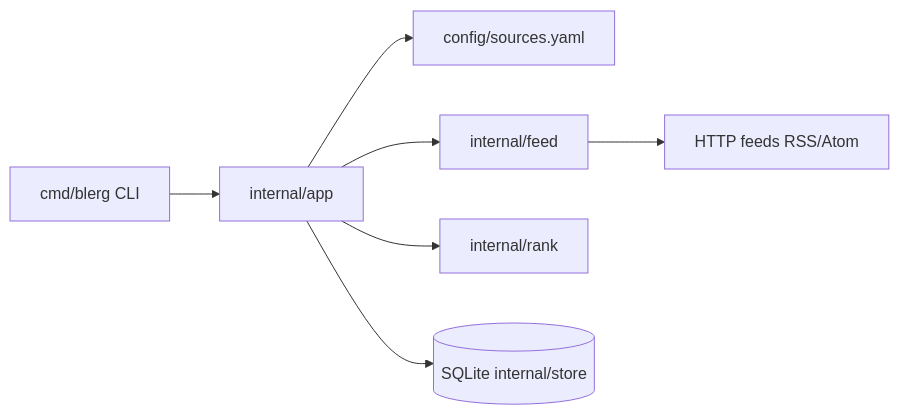
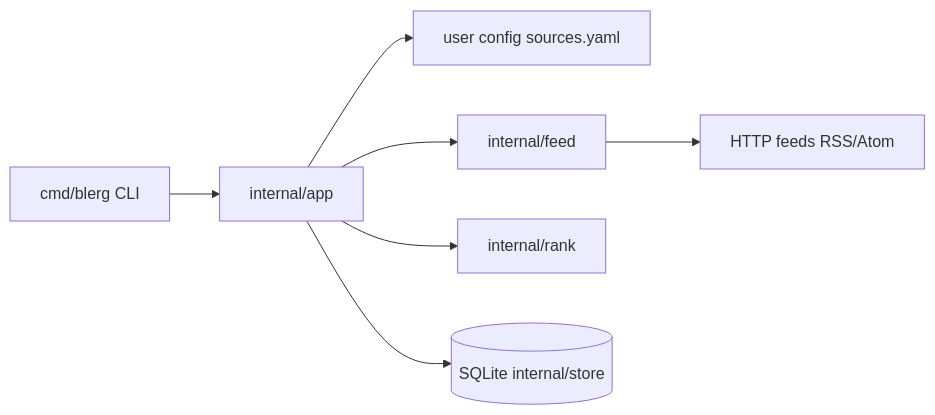
Before and after one commit to iandesj/Blerg: the diagram in docs/architecture.md, drawn with Mermaid. The commit also changed other lines of this file and 8 other files, not shown here.

First line of the commit message:
Install the default sources manifest in the user config directory

````diff
--- a/docs/architecture.md
+++ b/docs/architecture.md
@@ -13,9 +13,9 @@
 ```mermaid
 flowchart LR
   CLI[cmd/blerg CLI] --> App[internal/app]
-  App --> Config[config/sources.yaml]
+  App --> Config["user config sources.yaml"]
   App --> Feed[internal/feed]
   App --> Rank[internal/rank]
   App --> Store[(SQLite internal/store)]
   Feed --> HTTP[HTTP feeds RSS/Atom]
 ```
````
